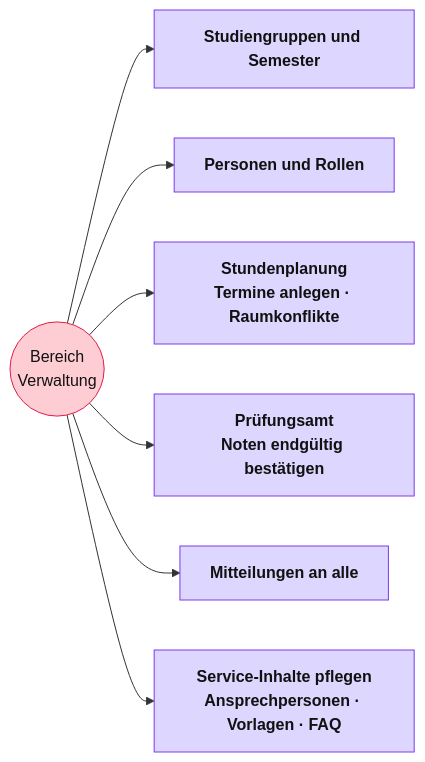
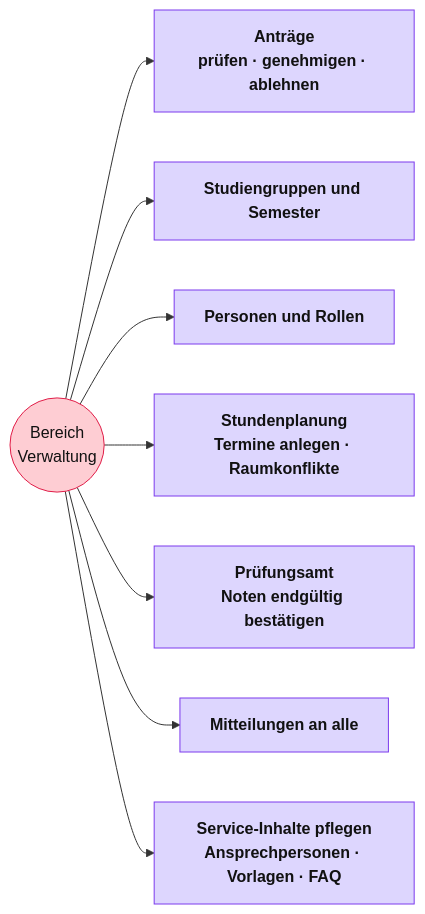
Before and after one commit to thimostender/Online-Campus: the diagram in sitemap-verwaltung.mmd, drawn with Mermaid. The commit also changed 27 other files, not shown here.

```diff
--- a/sitemap-verwaltung.mmd
+++ b/sitemap-verwaltung.mmd
@@ -1,13 +1,14 @@
 flowchart LR
   V(("Bereich<br/>Verwaltung"))
+  V --> V0["Anträge<br/>prüfen · genehmigen · ablehnen"]
   V --> V1["Studiengruppen und Semester"]
   V --> V2["Personen und Rollen"]
   V --> V3["Stundenplanung<br/>Termine anlegen · Raumkonflikte"]
   V --> V4["Prüfungsamt<br/>Noten endgültig bestätigen"]
   V --> V5["Mitteilungen an alle"]
   V --> V6["Service-Inhalte pflegen<br/>Ansprechpersonen · Vorlagen · FAQ"]
   classDef root fill:#fecdd3,stroke:#e11d48,color:#111
   classDef main fill:#ddd6fe,stroke:#7c3aed,color:#111,font-weight:bold
   classDef fn fill:#dcfce7,stroke:#16a34a,color:#111
   class V root
-  class V1,V2,V3,V4,V5,V6 main
+  class V0,V1,V2,V3,V4,V5,V6 main
```
